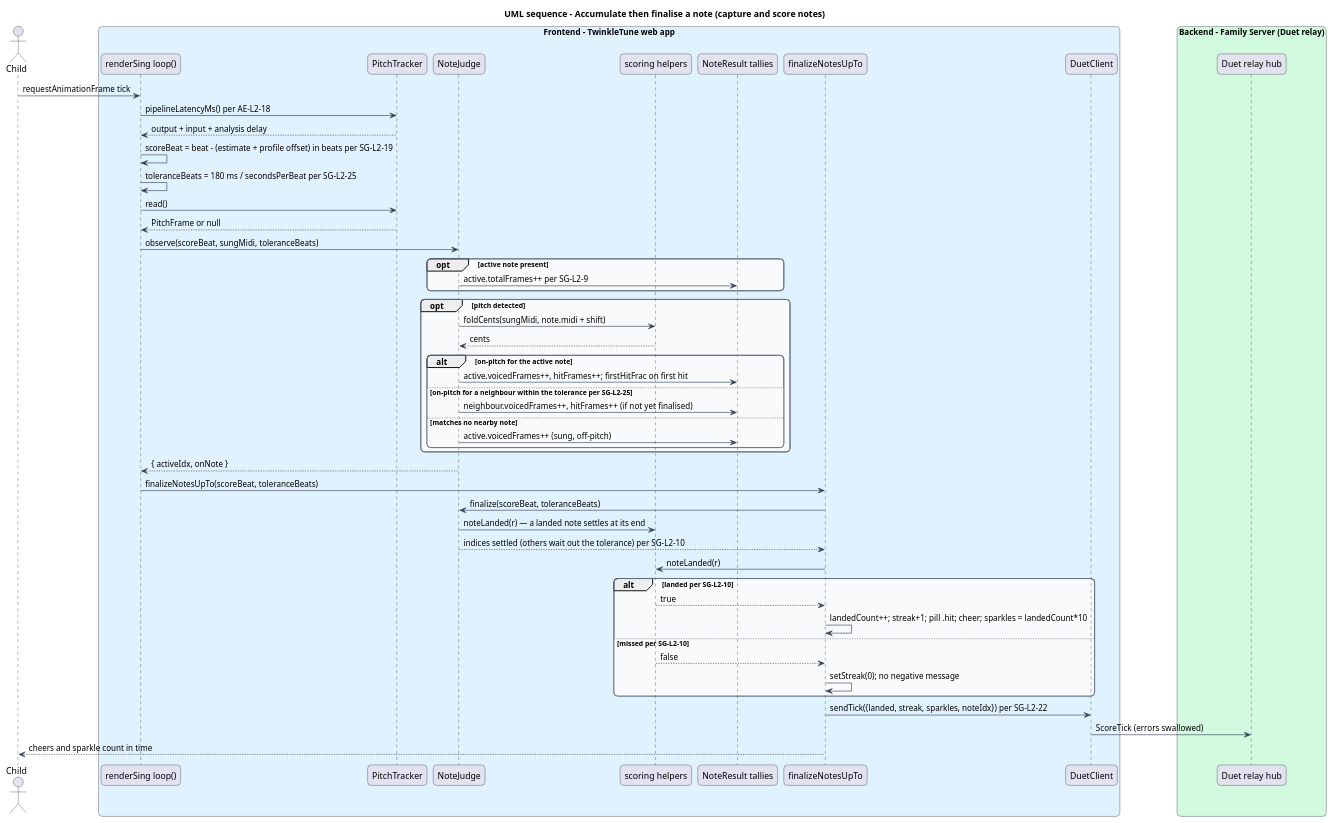
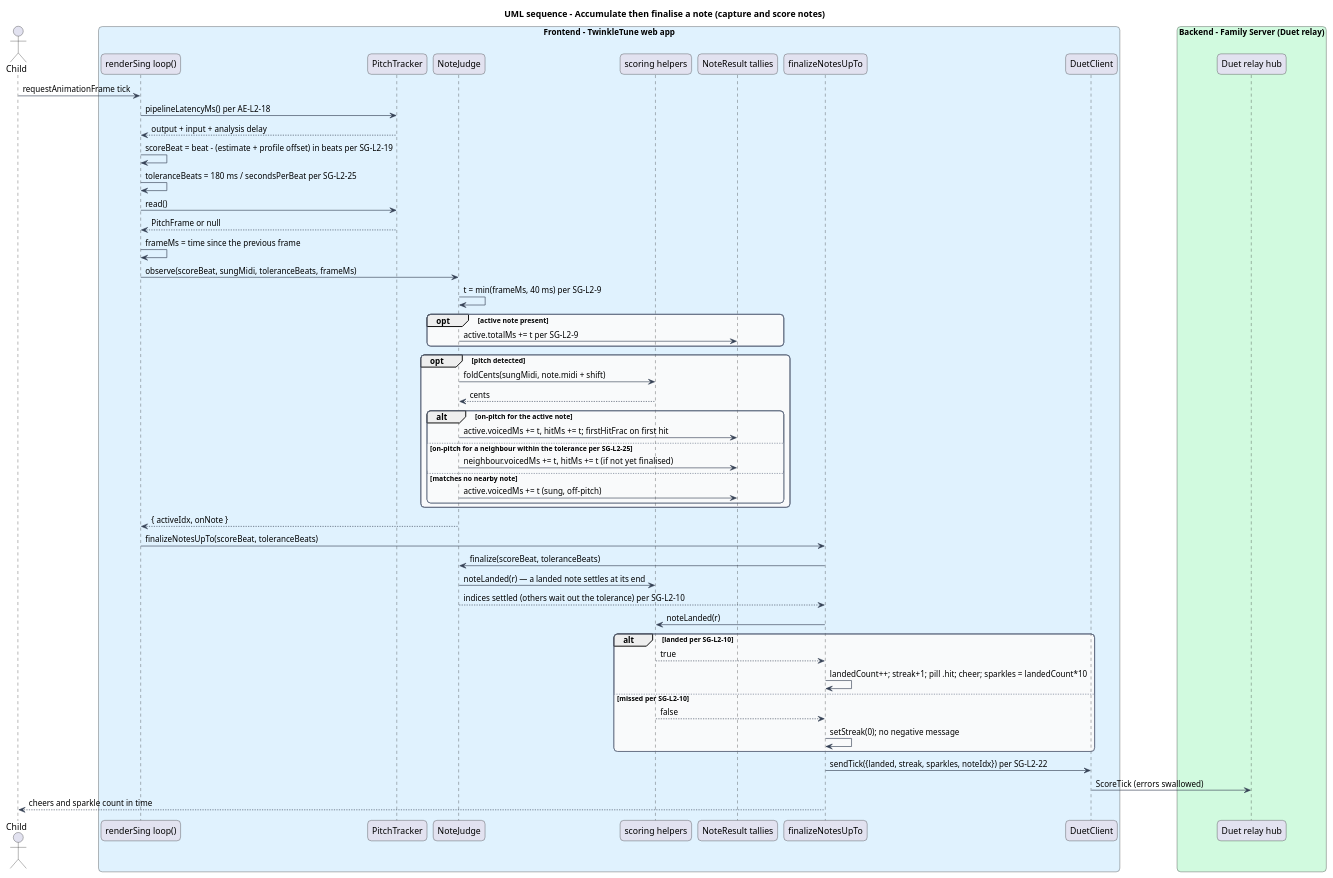
The diagram in docs/detailed-designs/singing-gameplay/capture-and-score-notes/diagrams/sequence-accumulate-and-finalise.puml (QuinntyneBrown/TwinkleTune), drawn with PlantUML before and after one commit. The commit also changed 31 other files, not shown here.

```diff
--- a/docs/detailed-designs/singing-gameplay/capture-and-score-notes/diagrams/sequence-accumulate-and-finalise.puml
+++ b/docs/detailed-designs/singing-gameplay/capture-and-score-notes/diagrams/sequence-accumulate-and-finalise.puml
@@ -1,69 +1,71 @@
 @startuml
 title UML sequence - Accumulate then finalise a note (capture and score notes)
 skinparam backgroundColor #FFFFFF
 skinparam shadowing false
 skinparam roundcorner 12
 skinparam defaultFontName Arial
 skinparam ArrowColor #344054
 skinparam rectangle {
   BorderColor #344054
   FontColor #101828
 }
 skinparam package {
   BorderColor #667085
   FontColor #101828
   BackgroundColor #F9FAFB
 }
 actor "Child" as child
 box "Frontend - TwinkleTune web app" #E0F2FE
   participant "renderSing loop()" as rloop
   participant "PitchTracker" as tracker
   participant "NoteJudge" as judge
   participant "scoring helpers" as scoring
   participant "NoteResult tallies" as results
   participant "finalizeNotesUpTo" as finalize
   participant "DuetClient" as duet
 end box
 box "Backend - Family Server (Duet relay)" #D1FADF
   participant "Duet relay hub" as hub
 end box
 
 child -> rloop : requestAnimationFrame tick
 rloop -> tracker : pipelineLatencyMs() per AE-L2-18
 tracker --> rloop : output + input + analysis delay
 rloop -> rloop : scoreBeat = beat - (estimate + profile offset) in beats per SG-L2-19
 rloop -> rloop : toleranceBeats = 180 ms / secondsPerBeat per SG-L2-25
 rloop -> tracker : read()
 tracker --> rloop : PitchFrame or null
-rloop -> judge : observe(scoreBeat, sungMidi, toleranceBeats)
+rloop -> rloop : frameMs = time since the previous frame
+rloop -> judge : observe(scoreBeat, sungMidi, toleranceBeats, frameMs)
+judge -> judge : t = min(frameMs, 40 ms) per SG-L2-9
 opt active note present
-  judge -> results : active.totalFrames++ per SG-L2-9
+  judge -> results : active.totalMs += t per SG-L2-9
 end
 opt pitch detected
   judge -> scoring : foldCents(sungMidi, note.midi + shift)
   scoring --> judge : cents
   alt on-pitch for the active note
-    judge -> results : active.voicedFrames++, hitFrames++; firstHitFrac on first hit
+    judge -> results : active.voicedMs += t, hitMs += t; firstHitFrac on first hit
   else on-pitch for a neighbour within the tolerance per SG-L2-25
-    judge -> results : neighbour.voicedFrames++, hitFrames++ (if not yet finalised)
+    judge -> results : neighbour.voicedMs += t, hitMs += t (if not yet finalised)
   else matches no nearby note
-    judge -> results : active.voicedFrames++ (sung, off-pitch)
+    judge -> results : active.voicedMs += t (sung, off-pitch)
   end
 end
 judge --> rloop : { activeIdx, onNote }
 rloop -> finalize : finalizeNotesUpTo(scoreBeat, toleranceBeats)
 finalize -> judge : finalize(scoreBeat, toleranceBeats)
 judge -> scoring : noteLanded(r) — a landed note settles at its end
 judge --> finalize : indices settled (others wait out the tolerance) per SG-L2-10
 finalize -> scoring : noteLanded(r)
 alt landed per SG-L2-10
   scoring --> finalize : true
   finalize -> finalize : landedCount++; streak+1; pill .hit; cheer; sparkles = landedCount*10
 else missed per SG-L2-10
   scoring --> finalize : false
   finalize -> finalize : setStreak(0); no negative message
 end
 finalize -> duet : sendTick({landed, streak, sparkles, noteIdx}) per SG-L2-22
 duet -> hub : ScoreTick (errors swallowed)
 finalize --> child : cheers and sparkle count in time
 @enduml
```
